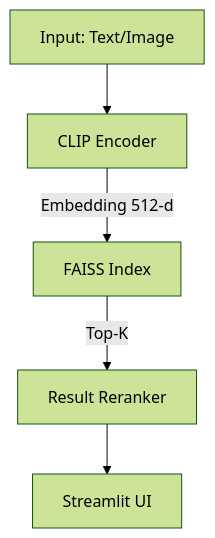
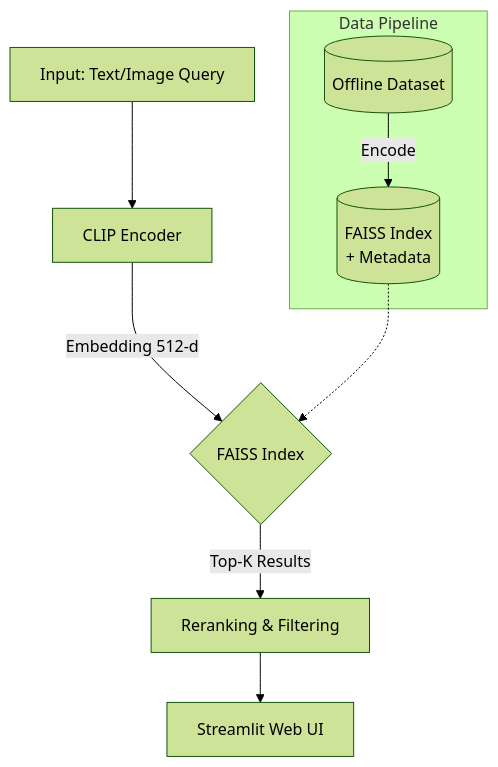
One commit to QuyeN1104/Vision-Retrieval-Project changed the diagram in README.md. Above: the diagram before and after it, drawn with Mermaid (forest theme). The commit also changed other lines of this file and 5 other files, not shown here.

````diff
--- a/README.md
+++ b/README.md
@@ -18,7 +59,13 @@
 ```mermaid
 graph TD
-    A[Input: Text/Image] --> B[CLIP Encoder]
-    B -->|Embedding 512-d| C[FAISS Index]
-    C -->|Top-K| D[Result Reranker]
-    D --> E[Streamlit UI]
+    A[Input: Text/Image Query] --> B[CLIP Encoder]
+    B -->|Embedding 512-d| C{FAISS Index}
+    
+    subgraph Data Pipeline
+        DB[(Offline Dataset)] -->|Encode| Index[(FAISS Index \n + Metadata)]
+    end
+    
+    Index -.-> C
+    C -->|Top-K Results| D[Reranking & Filtering]
+    D --> E[Streamlit Web UI]
 ```
````
